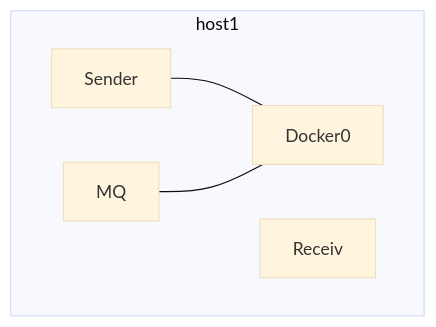
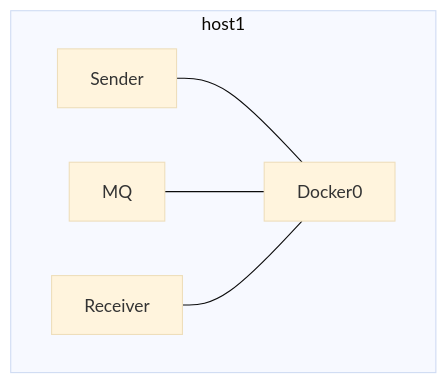
The diagram in all/network.md (googlelxhgithub/iodraw-files), drawn with Mermaid (base theme) before and after one commit.

Commit message:
2024-08-30 21:46:38 update

````diff
--- a/all/network.md
+++ b/all/network.md
@@ -1,10 +1,10 @@
 ```mermaid
 flowchart TD
     subgraph host1
     Sender --- Docker0
     MQ --- Docker0
-    Receiv
+    Receiver --- Docker0
 
     end
  
 ```
````
